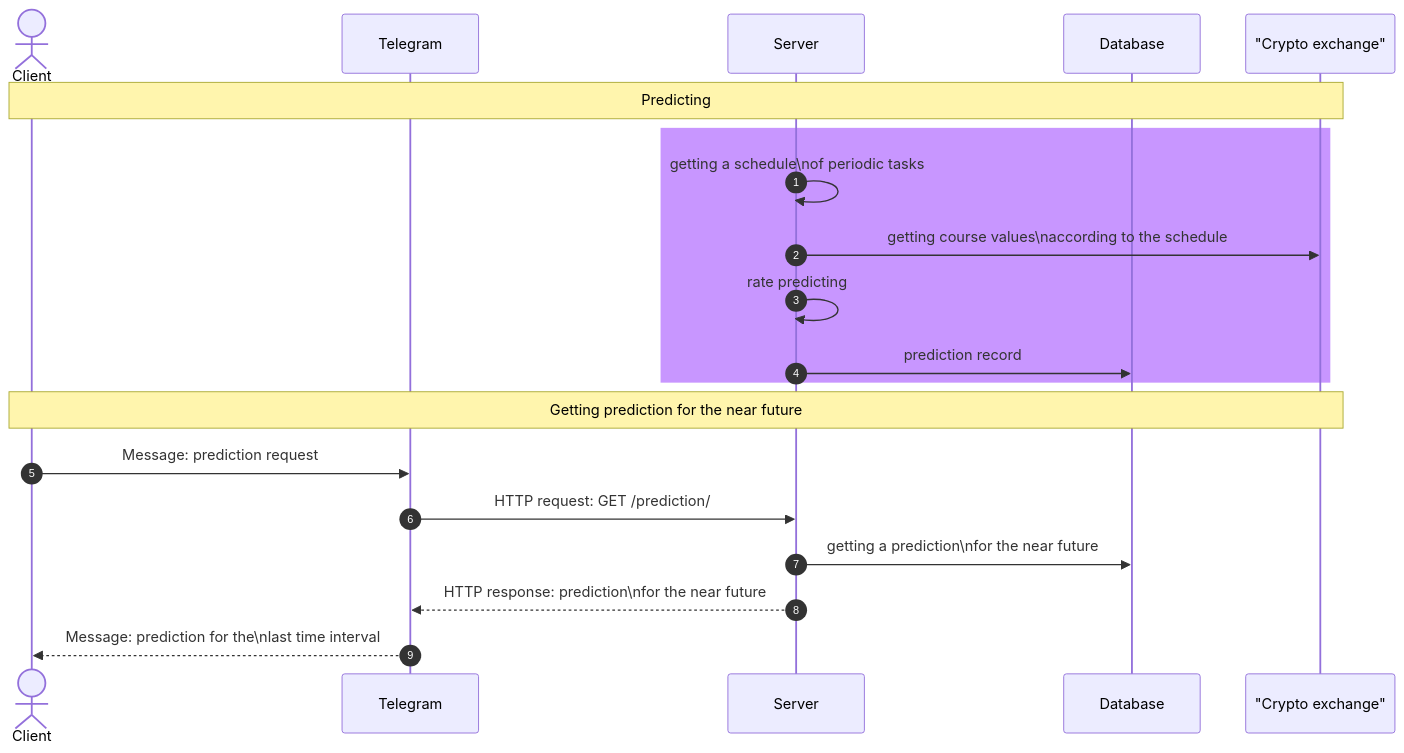
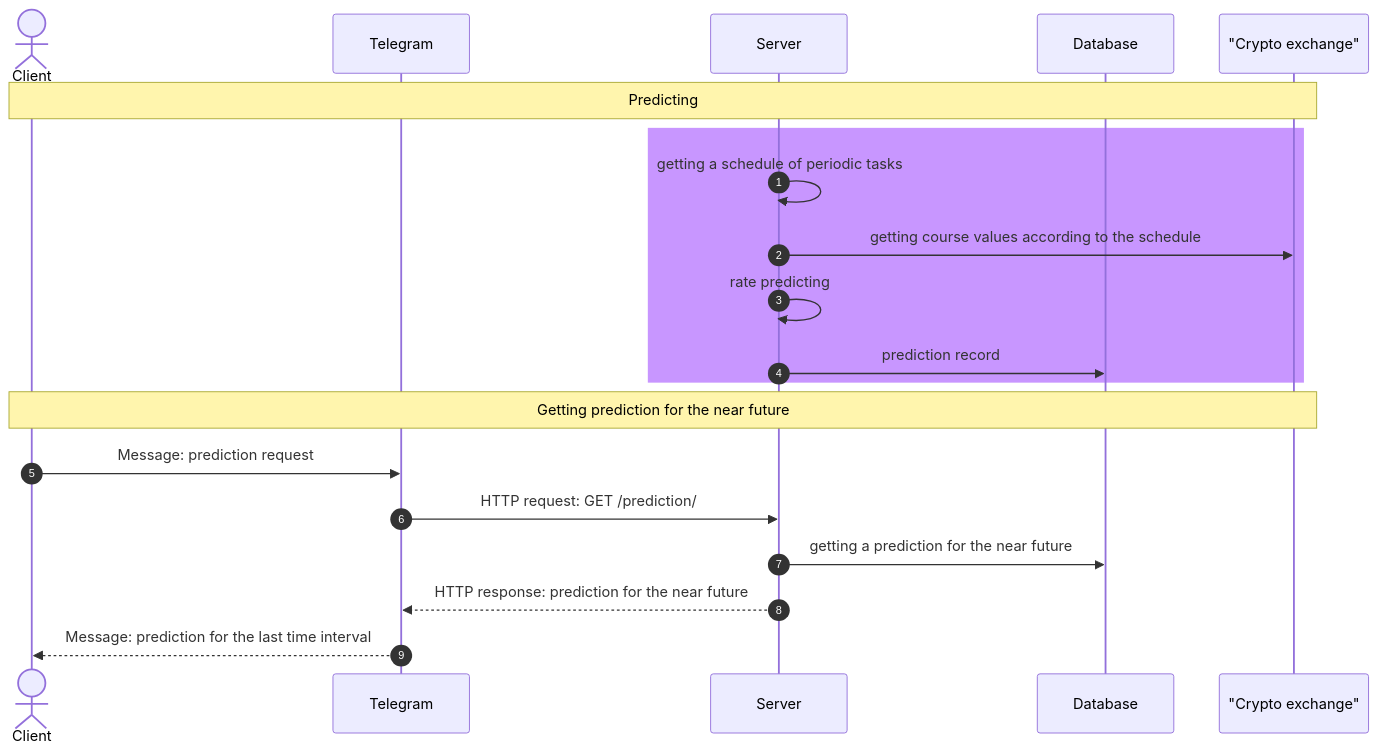
Before and after one commit to Deflaus/rate-prediction: the first of 2 diagrams in README.md, drawn with Mermaid. The commit also changed other lines of this file, not shown here.

Commit message:
! README.md

````diff
--- a/README.md
+++ b/README.md
@@ -23,24 +3,24 @@
 ```mermaid
 sequenceDiagram
     autonumber
     actor client as Client
     participant telegram as Telegram
     participant server as Server
     participant database as Database
     participant crypto_exchange as "Crypto exchange"
     
     Note over client, crypto_exchange: Predicting
     rect rgb(200, 150, 255)
-    server ->> server : getting a schedule\nof periodic tasks
-    server ->> crypto_exchange : getting course values\naccording to the schedule
+    server ->> server : getting a schedule of periodic tasks
+    server ->> crypto_exchange : getting course values according to the schedule
     server ->> server : rate predicting
     server ->> database : prediction record
     end
     
     Note over client, crypto_exchange: Getting prediction for the near future
     client ->> telegram : Message: prediction request
     telegram ->> server : HTTP request: GET /prediction/
-    server ->> database : getting a prediction\nfor the near future
-    server -->> telegram : HTTP response: prediction\nfor the near future
-    telegram -->> client : Message: prediction for the\nlast time interval
+    server ->> database : getting a prediction for the near future
+    server -->> telegram : HTTP response: prediction for the near future
+    telegram -->> client : Message: prediction for the last time interval
 ```
````
